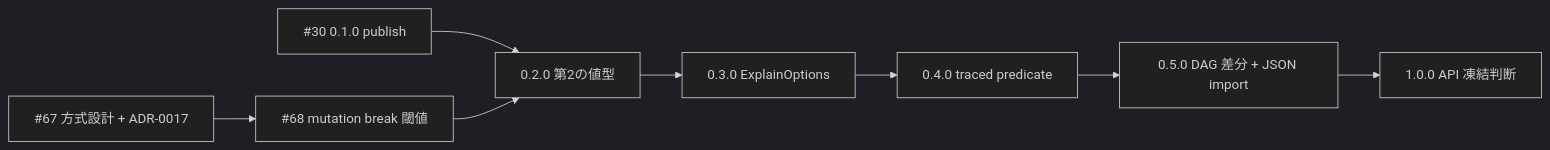
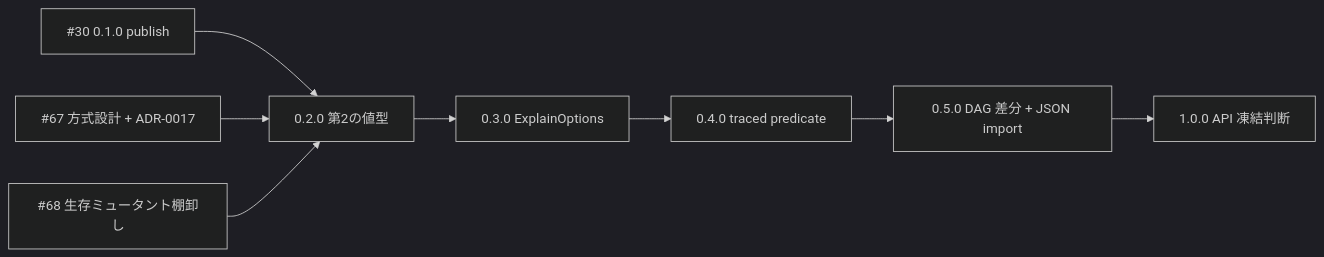
Before and after one commit to urario/Yurai: the second of 2 diagrams in docs/project-execution-plan.md, drawn with Mermaid (dark theme). The commit also changed other lines of this file, not shown here.

````diff
--- a/docs/project-execution-plan.md
+++ b/docs/project-execution-plan.md
@@ -184,10 +182,10 @@
 ```mermaid
 flowchart LR
     I30["#30 0.1.0 publish"] --> R2["0.2.0 第2の値型"]
-    I67["#67 方式設計 + ADR-0017"] --> I68["#68 mutation break 閾値"]
-    I68 --> R2
+    I67["#67 方式設計 + ADR-0017"] --> R2
+    I68["#68 生存ミュータント棚卸し"] --> R2
     R2 --> R3["0.3.0 ExplainOptions"]
     R3 --> R4["0.4.0 traced predicate"]
     R4 --> R5["0.5.0 DAG 差分 + JSON import"]
     R5 --> R10["1.0.0 API 凍結判断"]
 ```
````
